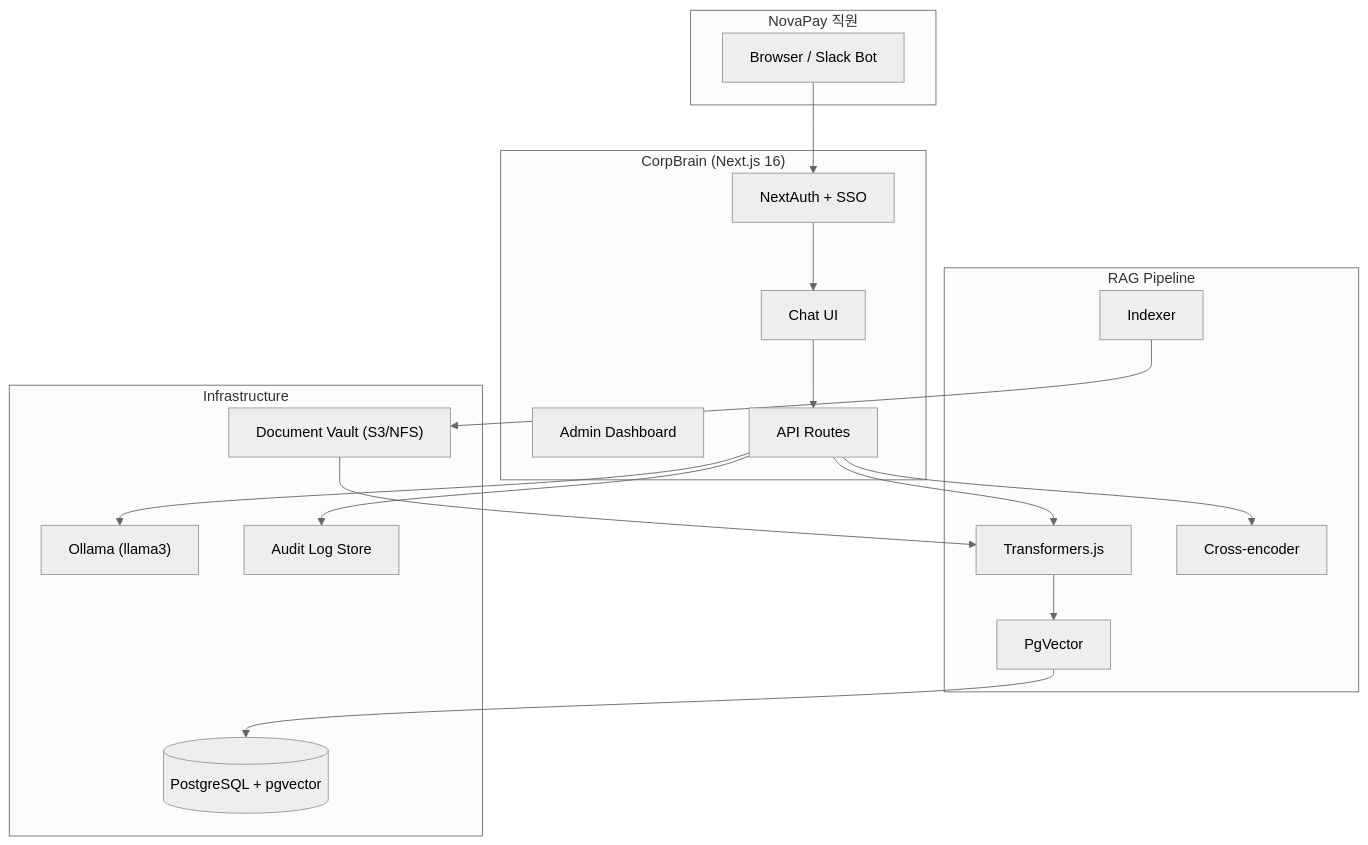
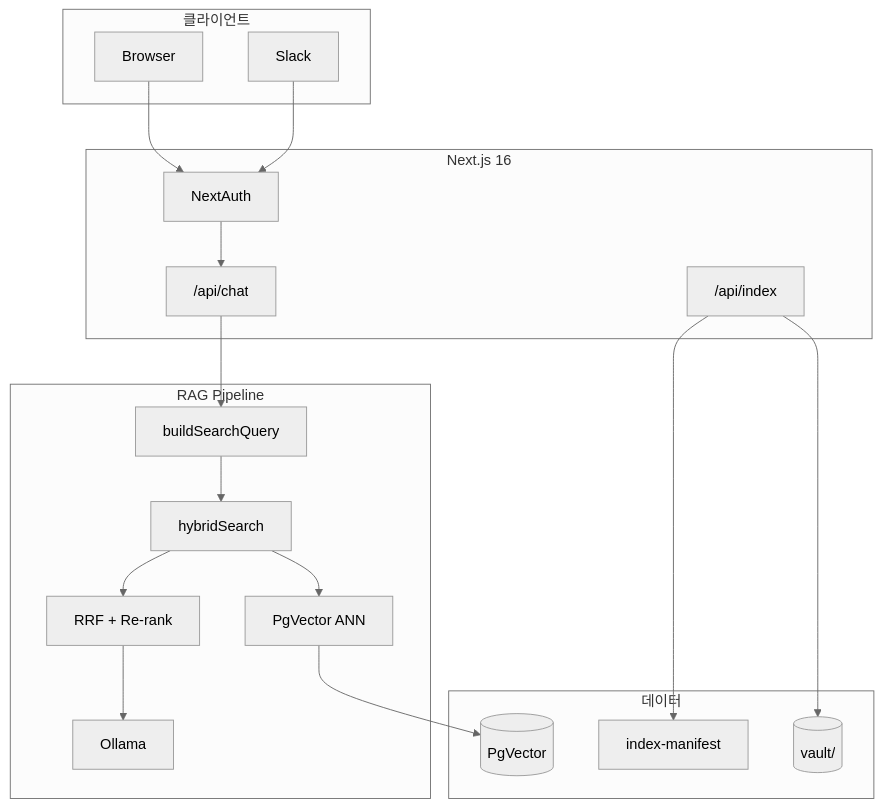
One commit to dayainow/corp-brain changed the diagram in docs/UPGRADE_PLAN.md. Above: the diagram before and after it, drawn with Mermaid (neutral theme). The commit also changed other lines of this file and 15 other files, not shown here.

First line of the commit message:
feat: PgVector ANN 검색·증분 Sync 및 계획서 갱신

````diff
--- a/docs/UPGRADE_PLAN.md
+++ b/docs/UPGRADE_PLAN.md
@@ -160,36 +108,34 @@
 ```mermaid
 flowchart TB
-    subgraph Users["NovaPay 직원"]
-        Browser["Browser / Slack Bot"]
+    subgraph Client["클라이언트"]
+        Web["Browser"]
+        Slack["Slack"]
     end
 
-    subgraph App["CorpBrain (Next.js 16)"]
-        Auth["NextAuth + SSO"]
-        ChatUI["Chat UI"]
-        AdminUI["Admin Dashboard"]
-        API["API Routes"]
+    subgraph App["Next.js 16"]
+        Auth["NextAuth"]
+        Chat["/api/chat"]
+        Index["/api/index"]
     end
 
     subgraph RAG["RAG Pipeline"]
-        Indexer["Indexer"]
-        Embed["Transformers.js"]
-        VS["PgVector"]
-        Rerank["Cross-encoder"]
+        QC["buildSearchQuery"]
+        HS["hybridSearch"]
+        ANN["PgVector ANN"]
+        RRF["RRF + Re-rank"]
+        LLM["Ollama"]
     end
 
-    subgraph Infra["Infrastructure"]
-        PG[("PostgreSQL + pgvector")]
-        Ollama["Ollama (llama3)"]
-        Vault["Document Vault (S3/NFS)"]
-        Audit["Audit Log Store"]
+    subgraph Data["데이터"]
+        Vault[("vault/")]
+        PG[("PgVector")]
+        Manifest["index-manifest"]
     end
 
-    Browser --> Auth --> ChatUI
-    ChatUI --> API
-    API --> Embed --> VS
-    VS --> PG
-    API --> Rerank
-    API --> Ollama
-    Indexer --> Vault --> Embed
-    API --> Audit
+    Web & Slack --> Auth --> Chat
+    Chat --> QC --> HS
+    HS --> ANN --> PG
+    HS --> RRF --> LLM
+    Index --> Vault
+    Index --> Manifest
 ```
````
